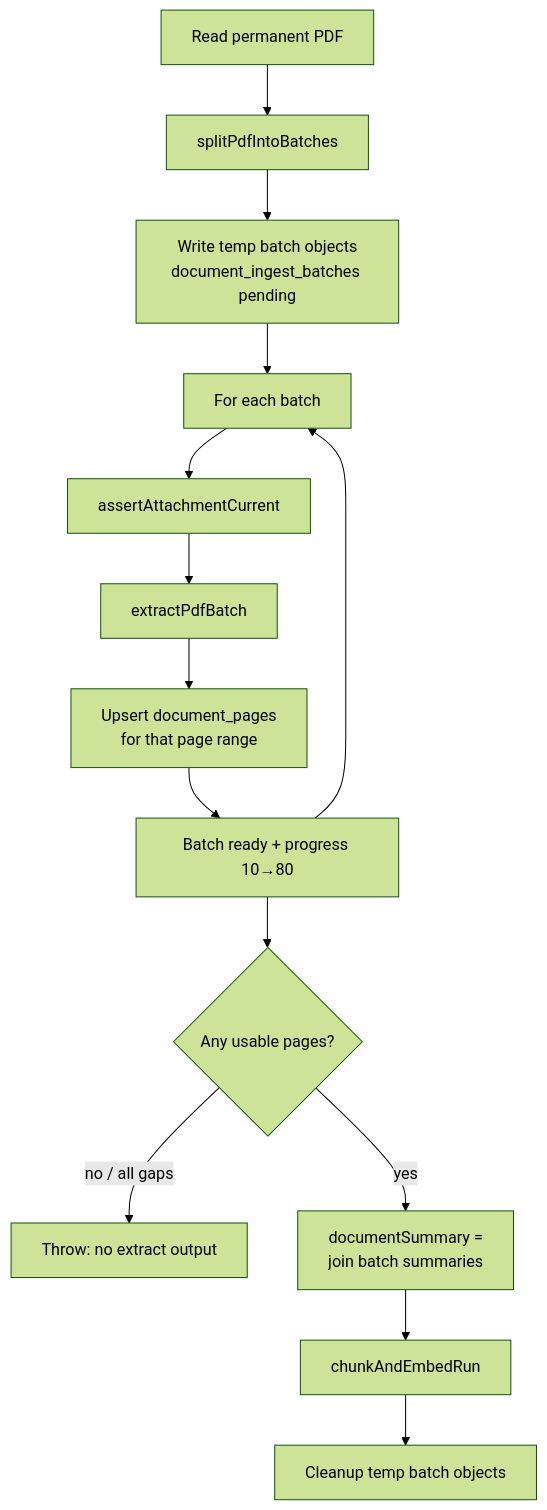
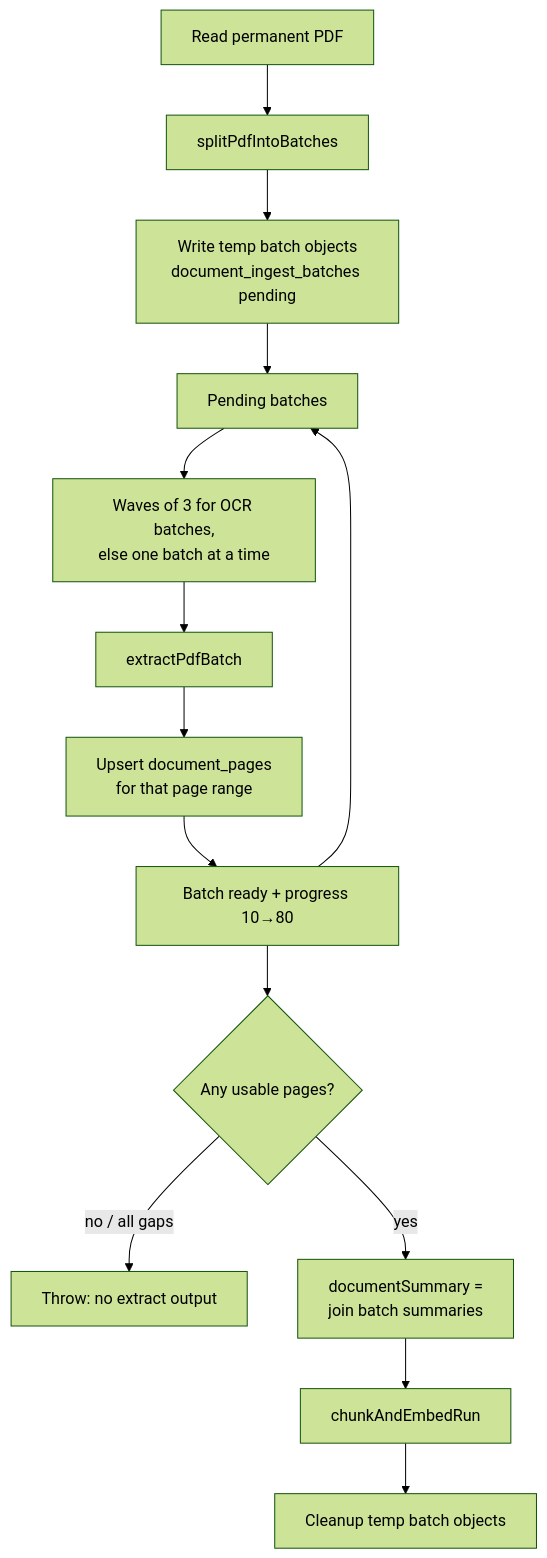
One commit to sachin-aag/andrei changed the third of 7 diagrams in docs/document-ingest-pipeline.md. Above: the diagram before and after it, drawn with Mermaid (forest theme). The commit also changed other lines of this file and 9 other files, not shown here.

First line of the commit message:
OCR scans in 15-page parallel batches instead of Gemini's 3-page loop.

````diff
--- a/docs/document-ingest-pipeline.md
+++ b/docs/document-ingest-pipeline.md
@@ -75,16 +77,16 @@
 ```mermaid
 flowchart TD
   A["Read permanent PDF"] --> B["splitPdfIntoBatches"]
   B --> C["Write temp batch objects<br/>document_ingest_batches pending"]
-  C --> D["For each batch"]
-  D --> E["assertAttachmentCurrent"]
+  C --> D["Pending batches"]
+  D --> E["Waves of 3 for OCR batches,<br/>else one batch at a time"]
   E --> F["extractPdfBatch"]
   F --> G["Upsert document_pages<br/>for that page range"]
   G --> H["Batch ready + progress 10→80"]
   H --> D
   H --> I{"Any usable pages?"}
   I -->|no / all gaps| J["Throw: no extract output"]
   I -->|yes| K["documentSummary =<br/>join batch summaries"]
   K --> L["chunkAndEmbedRun"]
   L --> M["Cleanup temp batch objects"]
 ```
````
